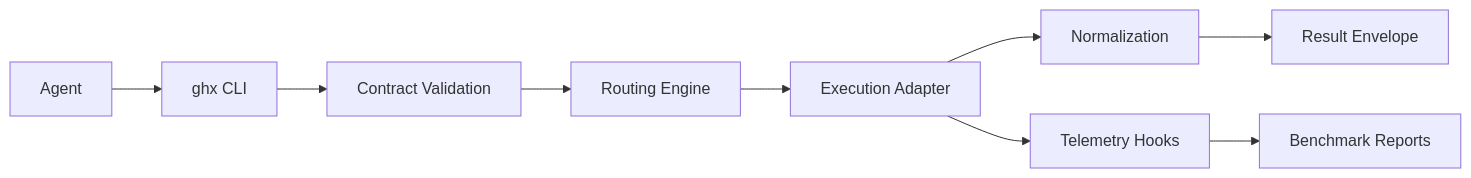
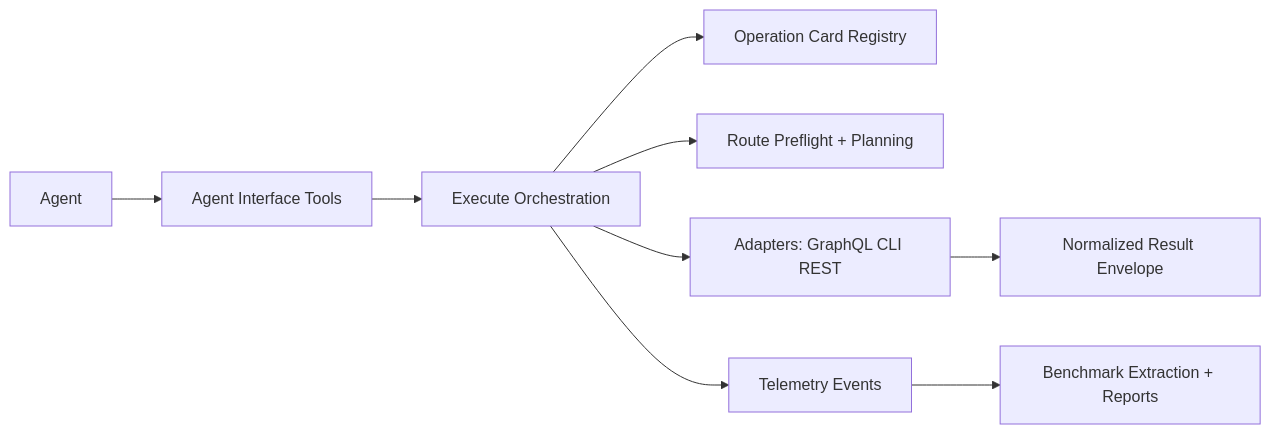
Before and after one commit to aryeko/ghx-router: the diagram in docs/architecture/overview.md, drawn with Mermaid. The commit also changed other lines of this file and 70 other files, not shown here.

````diff
--- a/docs/architecture/overview.md
+++ b/docs/architecture/overview.md
@@ -9,11 +9,11 @@
 ```mermaid
 flowchart LR
-  A[Agent] --> B[ghx CLI]
-  B --> C[Contract Validation]
-  C --> D[Routing Engine]
-  D --> E[Execution Adapter]
-  E --> F[Normalization]
-  F --> G[Result Envelope]
-  E --> H[Telemetry Hooks]
-  H --> I[Benchmark Reports]
+  A[Agent] --> B[Agent Interface Tools]
+  B --> C[Execute Orchestration]
+  C --> D[Operation Card Registry]
+  C --> E[Route Preflight + Planning]
+  C --> F[Adapters: GraphQL CLI REST]
+  F --> G[Normalized Result Envelope]
+  C --> H[Telemetry Events]
+  H --> I[Benchmark Extraction + Reports]
 ```
````
